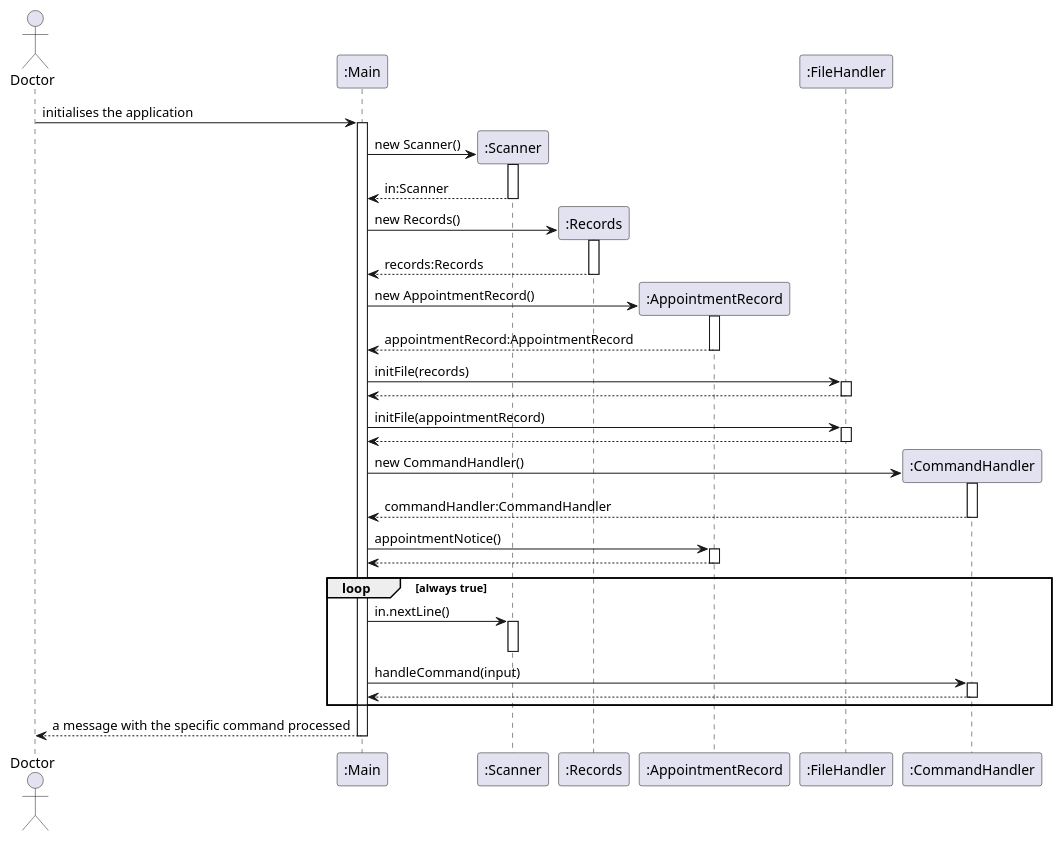
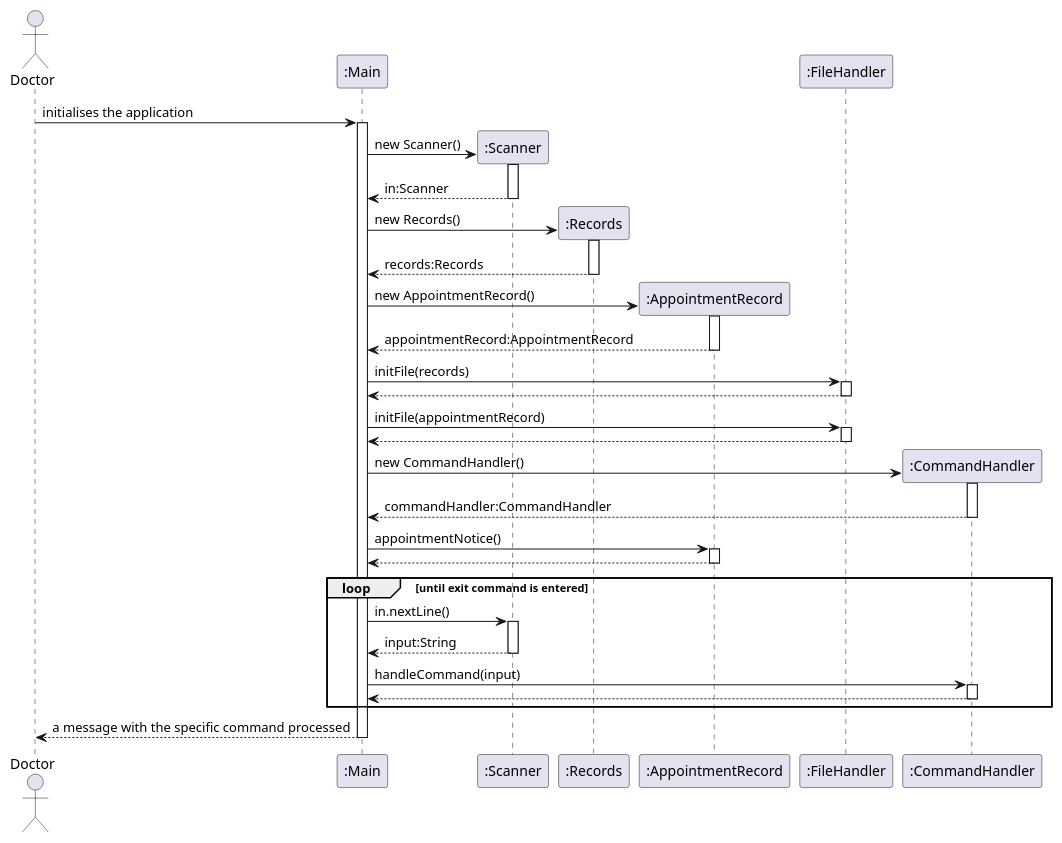
The diagram in docs/MainSequenceDiagram.puml (yentheng0110/tp), drawn with PlantUML before and after one commit.

Commit message:
Rewrite loop condition and add return type for user input in loop

```diff
--- a/docs/MainSequenceDiagram.puml
+++ b/docs/MainSequenceDiagram.puml
@@ -1,45 +1,46 @@
 @startuml
 actor Doctor
 
 Doctor -> ":Main" ++: initialises the application
 
 ":Main" -> ":Scanner"**: new Scanner()
 activate ":Scanner"
 ":Main" <-- ":Scanner": in:Scanner
 deactivate ":Scanner"
 
 ":Main" -> ":Records"**: new Records()
 activate ":Records"
 ":Main" <-- ":Records": records:Records
 deactivate ":Records"
 
 ":Main" -> ":AppointmentRecord"**: new AppointmentRecord()
 activate ":AppointmentRecord"
 ":Main" <-- ":AppointmentRecord": appointmentRecord:AppointmentRecord
 deactivate ":AppointmentRecord"
 
 ":Main" -> ":FileHandler" ++: initFile(records)
 return
 
 ":Main" -> ":FileHandler" ++: initFile(appointmentRecord)
 return
 
 ":Main" -> ":CommandHandler"**: new CommandHandler()
 activate ":CommandHandler"
 ":Main" <-- ":CommandHandler": commandHandler:CommandHandler
 deactivate ":CommandHandler"
 
 ":Main" -> ":AppointmentRecord" ++: appointmentNotice()
 return
 
-loop always true
+loop until exit command is entered
     ":Main" -> ":Scanner" ++: in.nextLine()
+    ":Main" <-- ":Scanner": input:String
     deactivate ":Scanner"
     ":Main" -> ":CommandHandler" ++: handleCommand(input)
     return
 end
 
 Doctor <-- ":Main": a message with the specific command processed
 deactivate ":Main"
 
 @enduml
```
